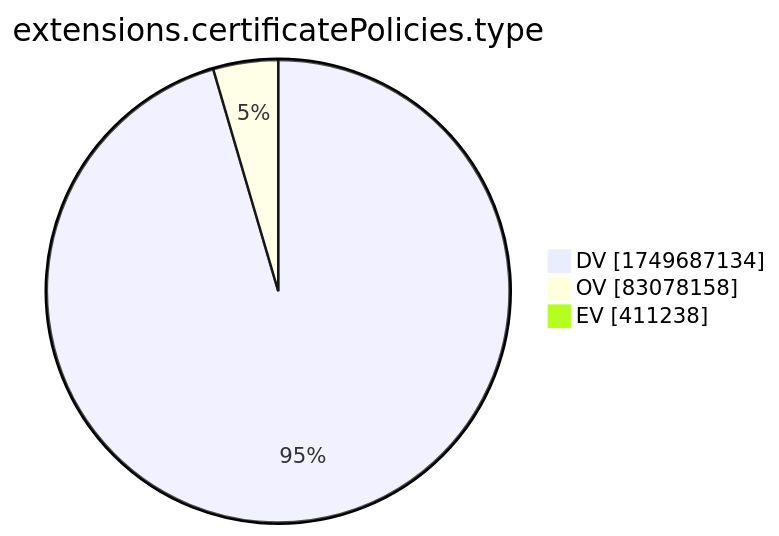
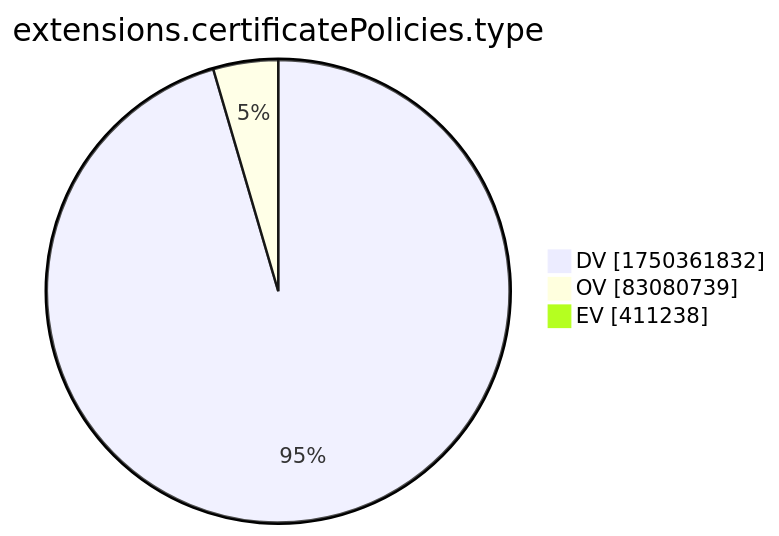
Before and after one commit to christiankrug/ctmonitor_visualization: the tenth of 15 diagrams in xenon2022/README.md, drawn with Mermaid. The commit also changed other lines of this file, not shown here.

````diff
--- a/xenon2022/README.md
+++ b/xenon2022/README.md
@@ -2881,7 +2881,7 @@
 ```mermaid
 pie showData
 title extensions.certificatePolicies.type
-"DV" :1749687134
-"OV" :83078158
+"DV" :1750361832
+"OV" :83080739
 "EV" :411238
 ```
````
